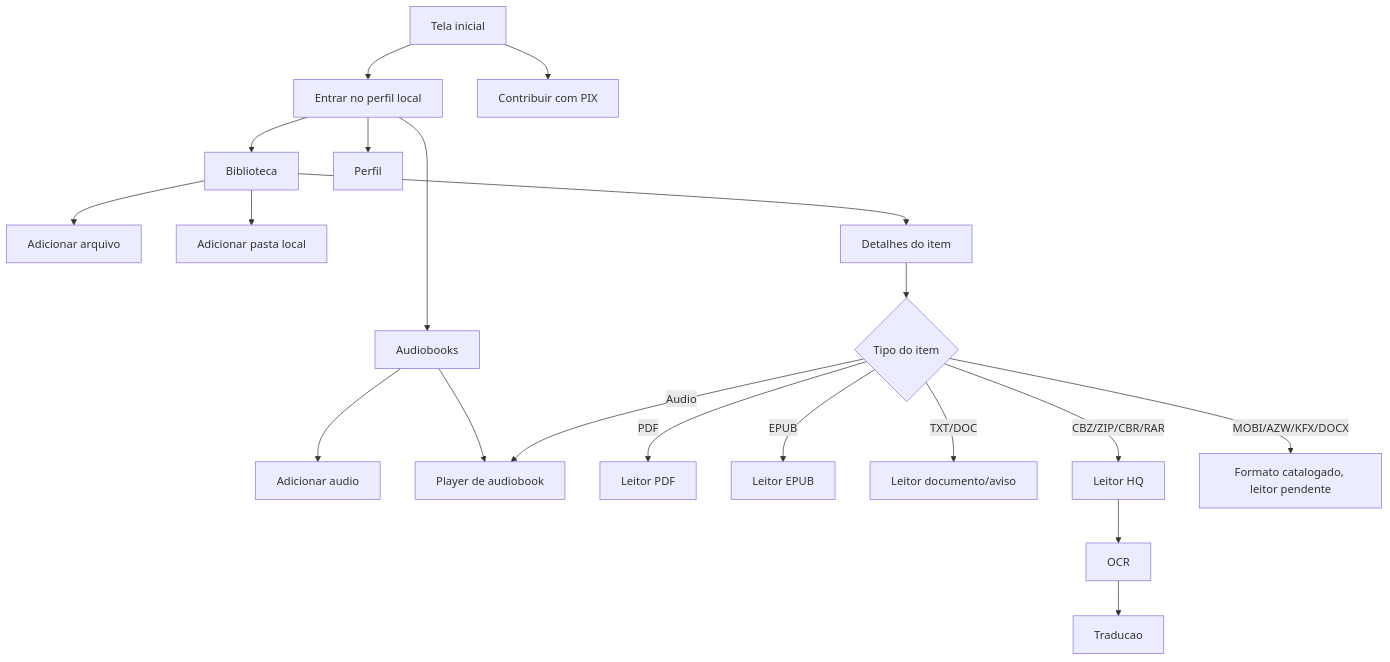
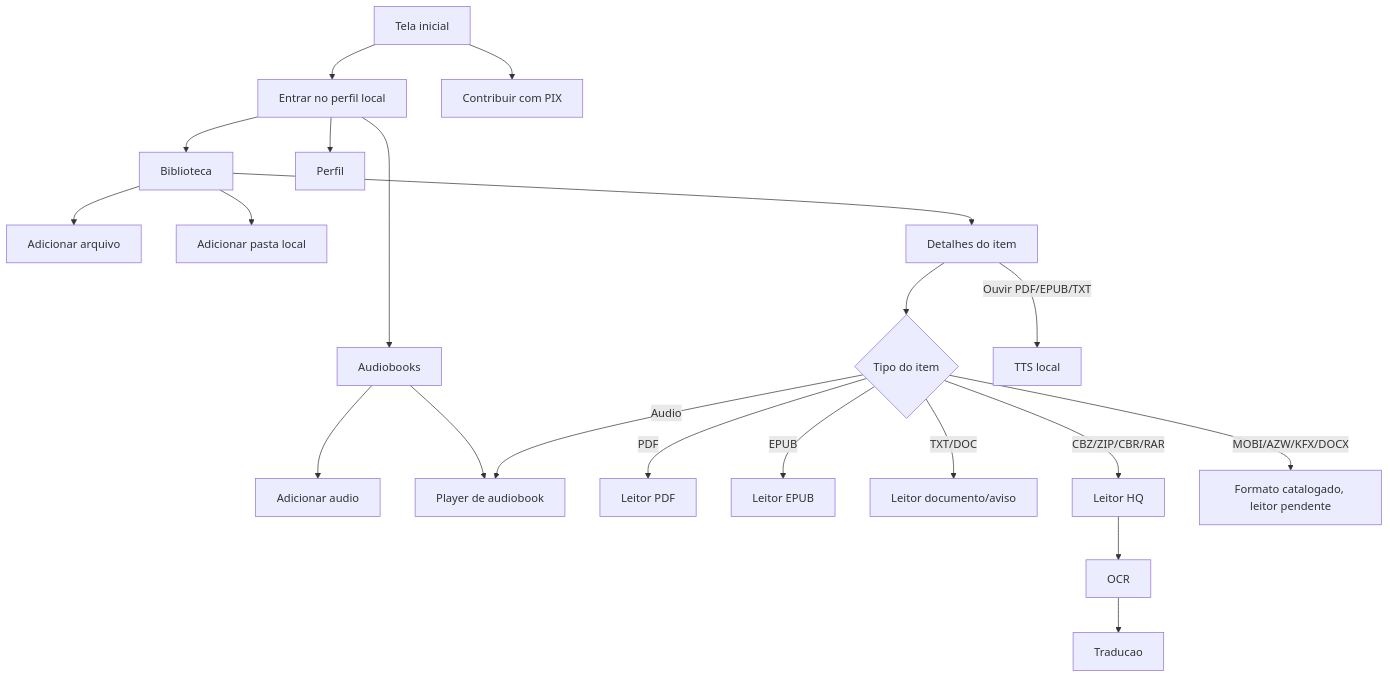
Before and after one commit to Contagiovaneines/minha-estante: the diagram in README.md, drawn with Mermaid. The commit also changed other lines of this file and 10 other files, not shown here.

````diff
--- a/README.md
+++ b/README.md
@@ -72,25 +74,26 @@
 ```mermaid
 flowchart TD
     A[Tela inicial] --> B[Entrar no perfil local]
     A --> PIX[Contribuir com PIX]
     B --> C[Biblioteca]
     B --> D[Audiobooks]
     B --> E[Perfil]
 
     C --> F[Adicionar arquivo]
     C --> G[Adicionar pasta local]
     C --> H[Detalhes do item]
     D --> I[Adicionar audio]
     D --> J[Player de audiobook]
 
     H --> K{Tipo do item}
     K -->|PDF| L[Leitor PDF]
     K -->|EPUB| M[Leitor EPUB]
     K -->|TXT/DOC| N[Leitor documento/aviso]
     K -->|CBZ/ZIP/CBR/RAR| O[Leitor HQ]
     K -->|Audio| J
     K -->|MOBI/AZW/KFX/DOCX| P[Formato catalogado, leitor pendente]
+    H -->|Ouvir PDF/EPUB/TXT| S[TTS local]
 
     O --> Q[OCR]
     Q --> R[Traducao]
 ```
````
